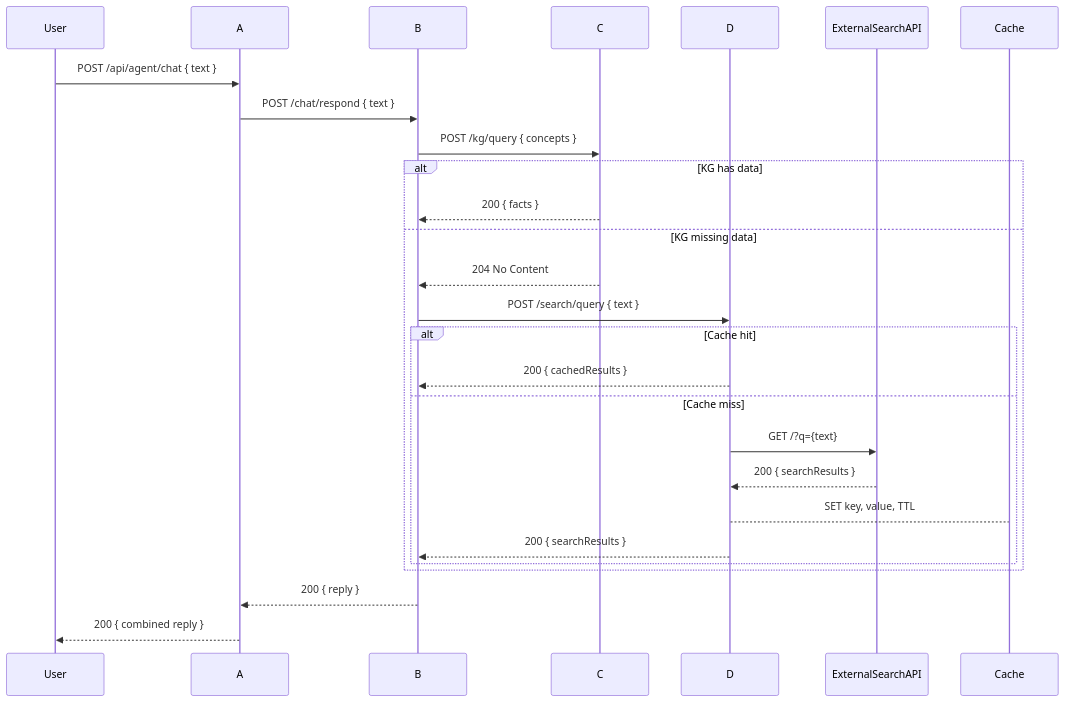
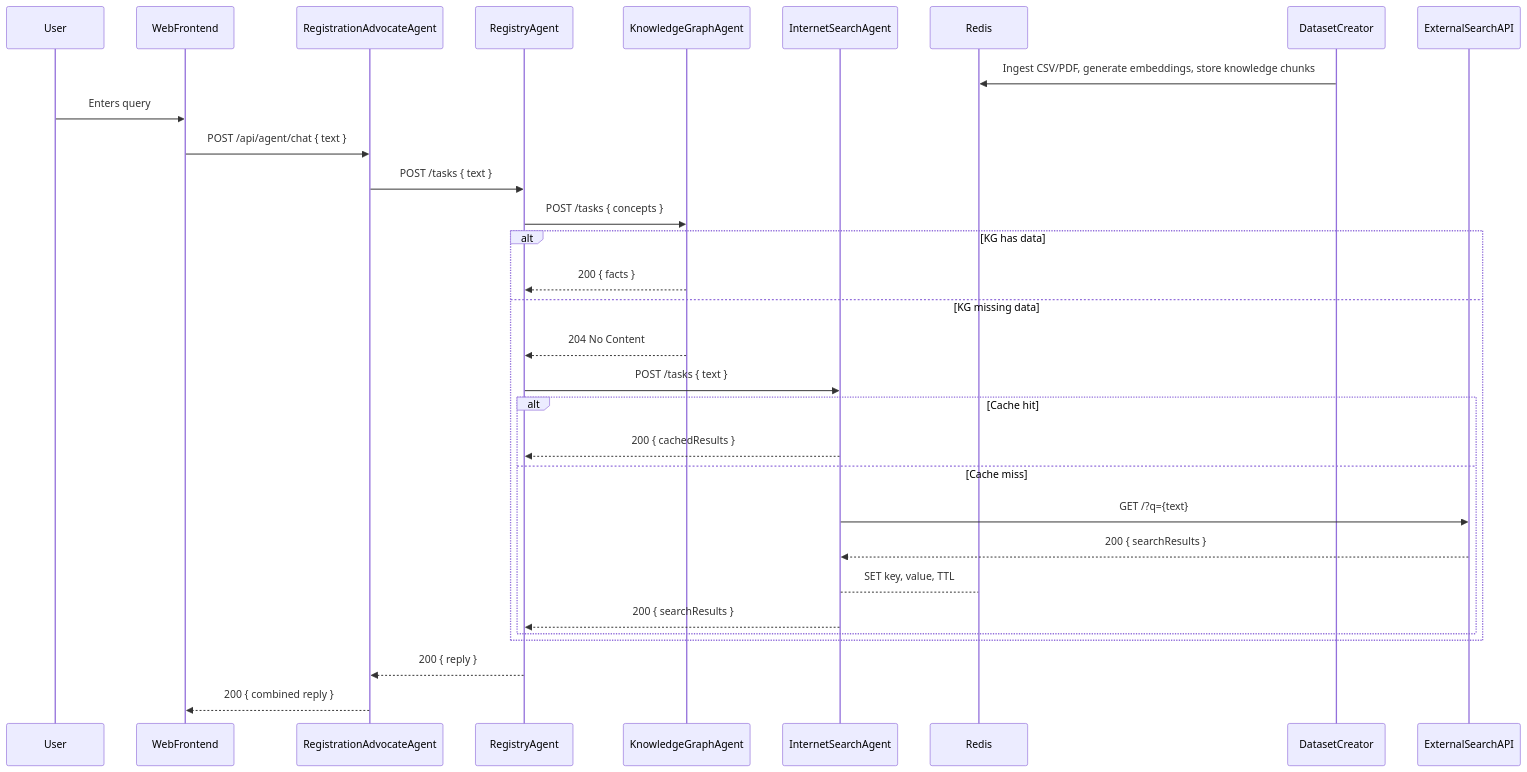
Before and after one commit to Donelle/Agent2Agent: the second of 2 diagrams in Docs/architecture.md, drawn with Mermaid. The commit also changed other lines of this file and 8 other files, not shown here.

````diff
--- a/Docs/architecture.md
+++ b/Docs/architecture.md
@@ -104,22 +116,34 @@
 ```mermaid
 sequenceDiagram
-  User->>A: POST /api/agent/chat { text }
-  A->>B: POST /chat/respond { text }
-  B->>C: POST /kg/query { concepts }
+  participant User
+  participant Web as WebFrontend
+  participant A as RegistrationAdvocateAgent
+  participant B as RegistryAgent
+  participant C as KnowledgeGraphAgent
+  participant D as InternetSearchAgent
+  participant Redis as Redis
+  participant DatasetCreator
+  participant ExtAPI as ExternalSearchAPI
+
+  DatasetCreator->>Redis: Ingest CSV/PDF, generate embeddings, store knowledge chunks
+  User->>Web: Enters query
+  Web->>A: POST /api/agent/chat { text }
+  A->>B: POST /tasks { text }
+  B->>C: POST /tasks { concepts }
   alt KG has data
     C-->>B: 200 { facts }
   else KG missing data
     C-->>B: 204 No Content
-    B->>D: POST /search/query { text }
+    B->>D: POST /tasks { text }
     alt Cache hit
       D-->>B: 200 { cachedResults }
     else Cache miss
-      D->>ExternalSearchAPI: GET /?q={text}
-      ExternalSearchAPI-->>D: 200 { searchResults }
-      D-->Cache: SET key, value, TTL
+      D->>ExtAPI: GET /?q={text}
+      ExtAPI-->>D: 200 { searchResults }
+      D-->Redis: SET key, value, TTL
       D-->>B: 200 { searchResults }
     end
   end
   B-->>A: 200 { reply }
-  A-->>User: 200 { combined reply }
+  A-->>Web: 200 { combined reply }
 ```
````
